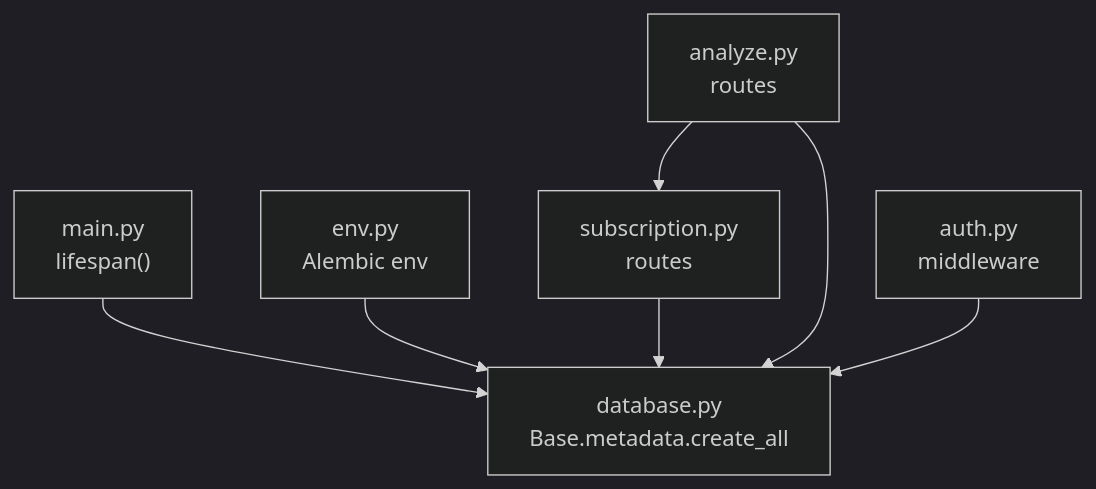
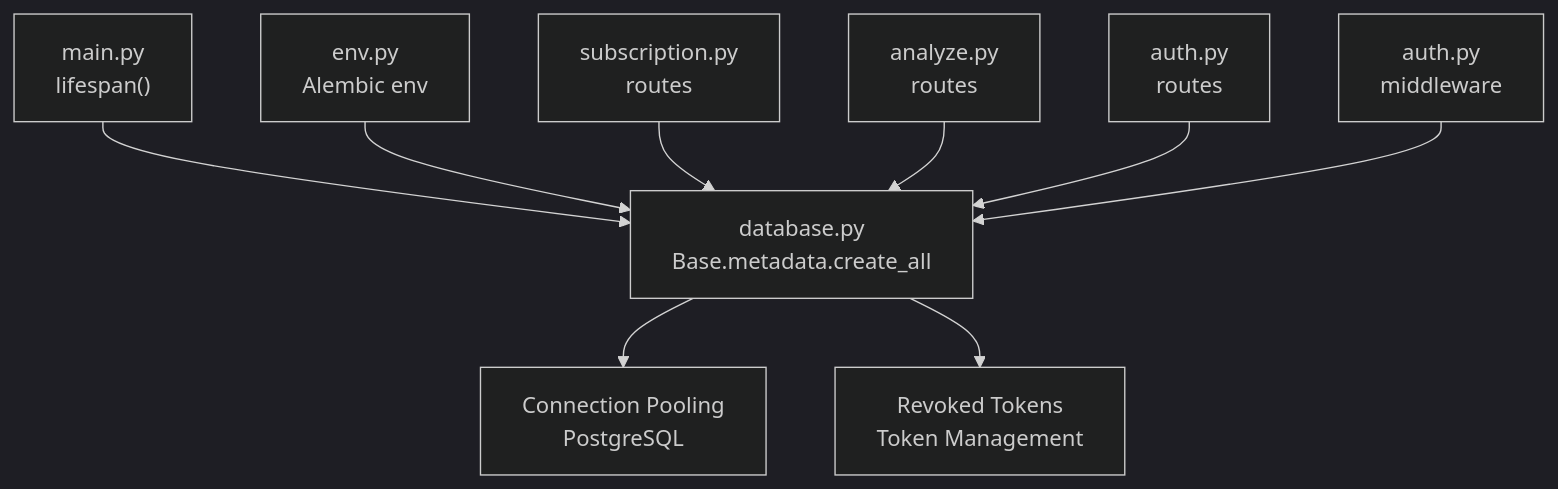
The seventh of 7 diagrams in .qoder/repowiki/en/content/Database Design/Database Design.md (Revanththetalogics/aireume), drawn with Mermaid (dark theme) before and after one commit. The commit also changed other lines of this file and 33 other files, not shown here.

````diff
--- a/.qoder/repowiki/en/content/Database Design/Database Design.md
+++ b/.qoder/repowiki/en/content/Database Design/Database Design.md
@@ -323,9 +409,11 @@
 ```mermaid
 graph TB
 M["main.py<br/>lifespan()"] --> D["database.py<br/>Base.metadata.create_all"]
 E["env.py<br/>Alembic env"] --> D
 S["subscription.py<br/>routes"] --> D
 A["analyze.py<br/>routes"] --> D
-A --> S
+AR["auth.py<br/>routes"] --> D
 U["auth.py<br/>middleware"] --> D
+D --> CP["Connection Pooling<br/>PostgreSQL"]
+D --> RT["Revoked Tokens<br/>Token Management"]
 ```
````
